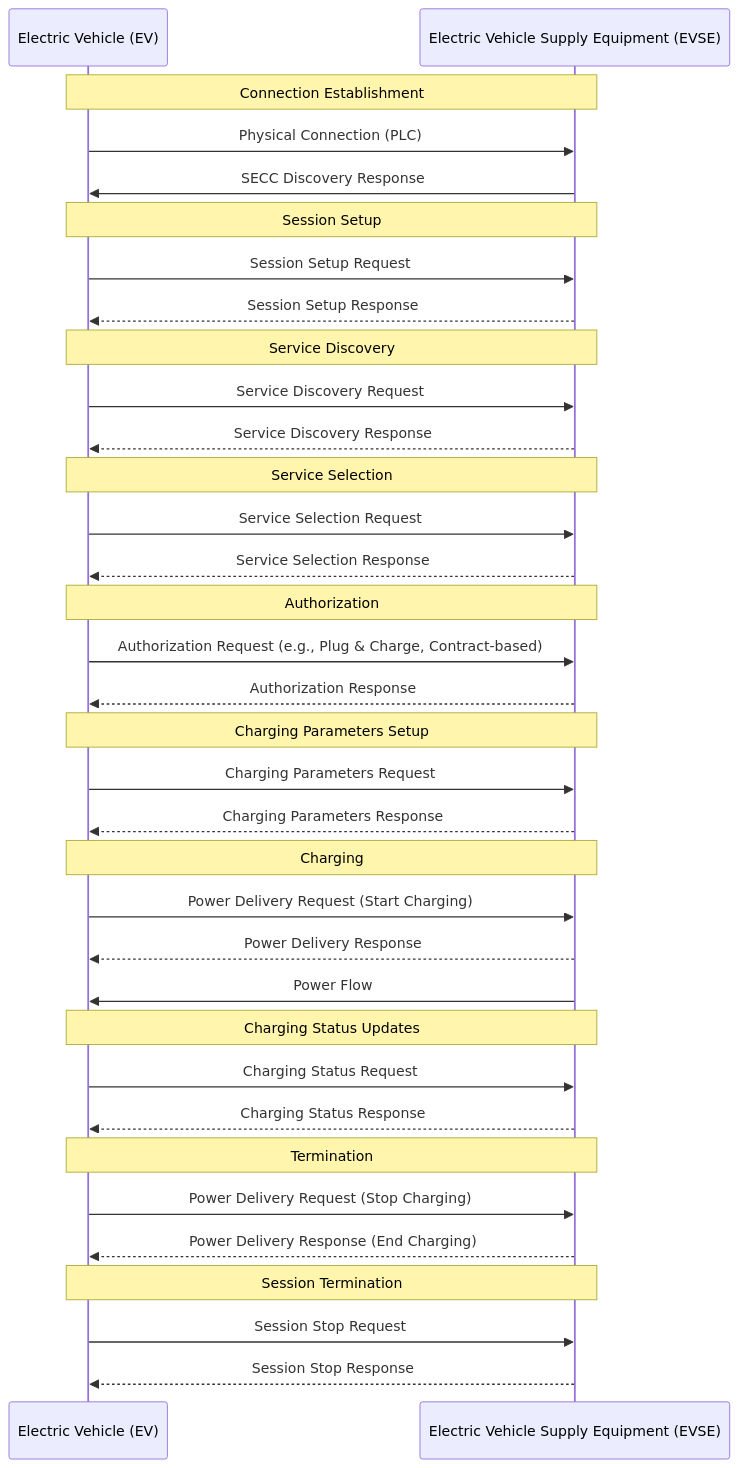
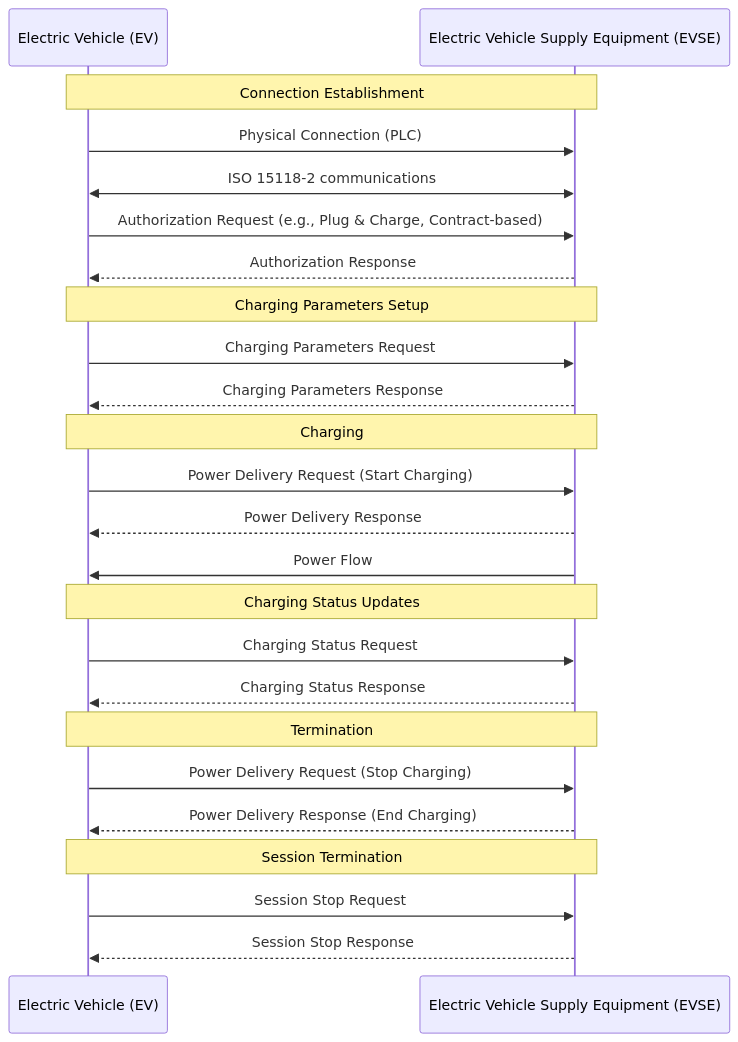
One commit to EVerest/everest-demo changed the second of 4 diagrams in README.md. Above: the diagram before and after it, drawn with Mermaid. The commit also changed other lines of this file, not shown here.

````diff
--- a/README.md
+++ b/README.md
@@ -177,39 +173,29 @@
 ```mermaid
 
 sequenceDiagram
 
    participant EV as Electric Vehicle (EV)
    participant EVSE as Electric Vehicle Supply Equipment (EVSE)
    Note over EV,EVSE: Connection Establishment
    EV ->> EVSE: Physical Connection (PLC)
-   EVSE ->> EV: SECC Discovery Response
-   Note over EV,EVSE: Session Setup
-   EV ->> EVSE: Session Setup Request
-   EVSE -->> EV: Session Setup Response
-   Note over EV,EVSE: Service Discovery
-   EV ->> EVSE: Service Discovery Request
-   EVSE -->> EV: Service Discovery Response
-   Note over EV,EVSE: Service Selection
-   EV ->> EVSE: Service Selection Request
-   EVSE -->> EV: Service Selection Response
-   Note over EV,EVSE: Authorization
+   EVSE <<->> EV: ISO 15118-2 communications
    EV ->> EVSE: Authorization Request (e.g., Plug & Charge, Contract-based)
    EVSE -->> EV: Authorization Response
    Note over EV,EVSE: Charging Parameters Setup
    EV ->> EVSE: Charging Parameters Request
    EVSE -->> EV: Charging Parameters Response
    Note over EV,EVSE: Charging
    EV ->> EVSE: Power Delivery Request (Start Charging)
    EVSE -->> EV: Power Delivery Response
    EVSE ->> EV: Power Flow
    Note over EV,EVSE: Charging Status Updates
    EV ->> EVSE: Charging Status Request
    EVSE -->> EV: Charging Status Response
    Note over EV,EVSE: Termination
    EV ->> EVSE: Power Delivery Request (Stop Charging)
    EVSE -->> EV: Power Delivery Response (End Charging)
    Note over EV,EVSE: Session Termination
    EV ->> EVSE: Session Stop Request
    EVSE -->> EV: Session Stop Response
 
 ```
````
